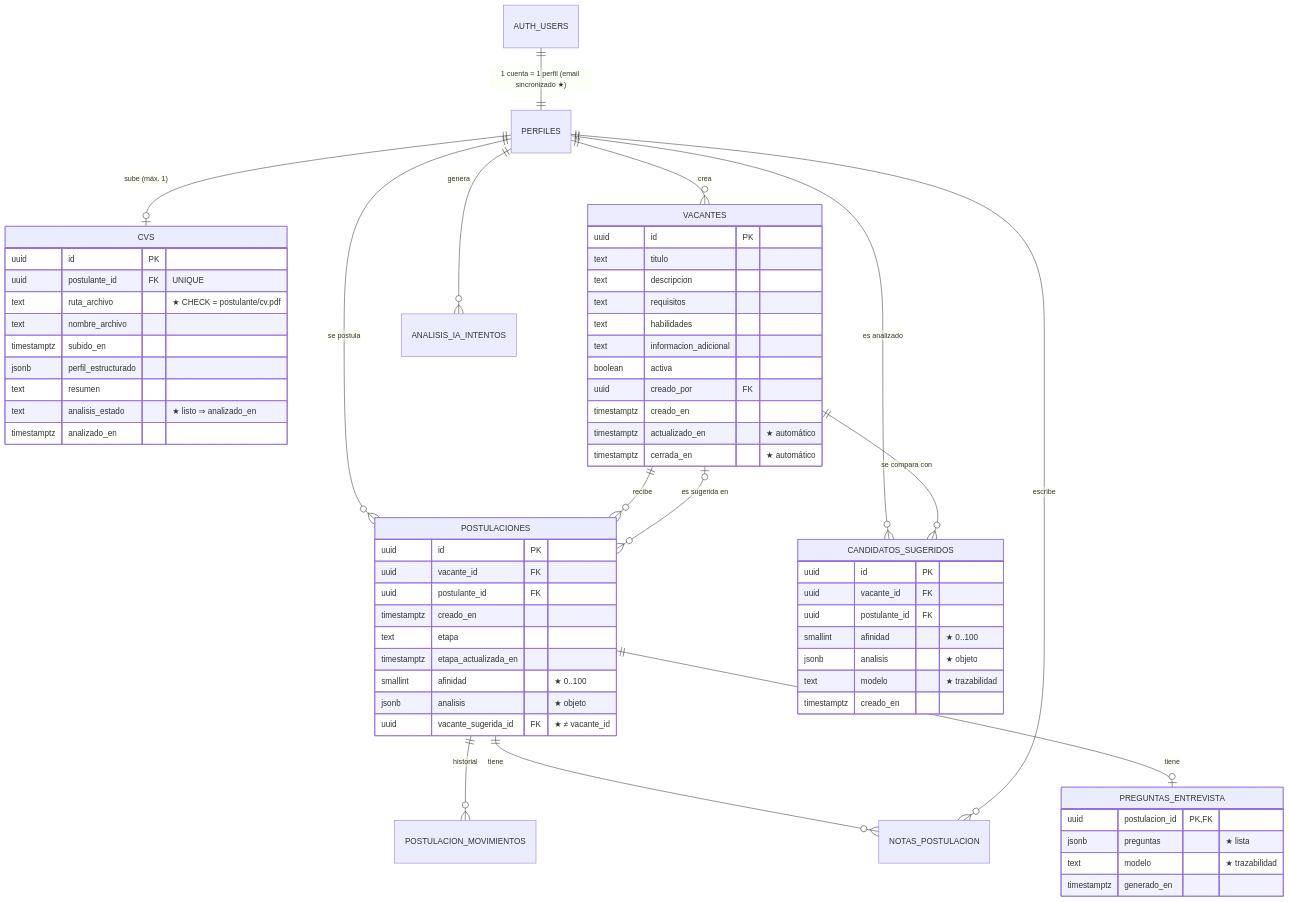
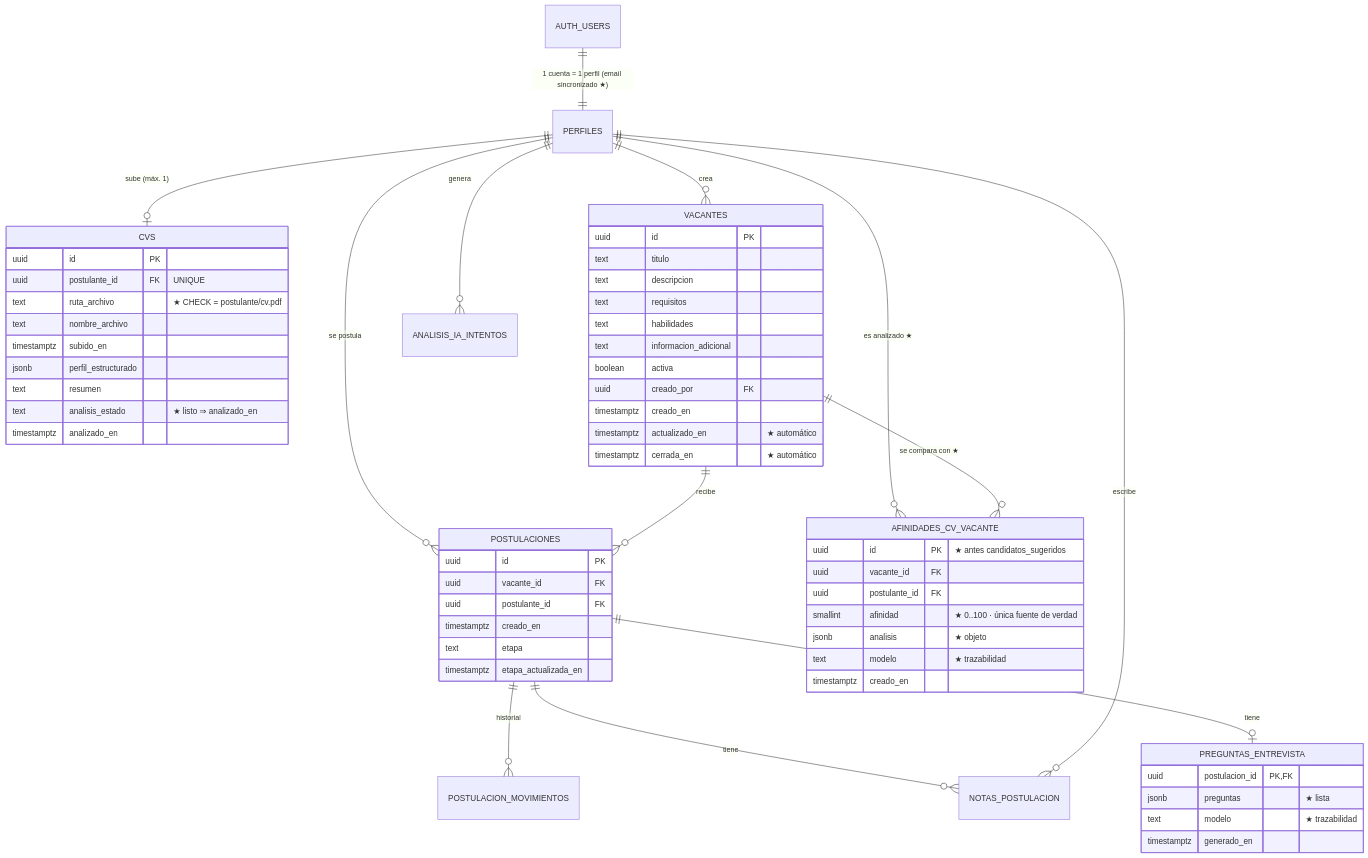
One commit to luanalomiento-debug/Incorporacion-tecnologias changed the second of 2 diagrams in docs/base-de-datos.md. Above: the diagram before and after it, drawn with Mermaid. The commit also changed other lines of this file and 15 other files, not shown here.

````diff
--- a/docs/base-de-datos.md
+++ b/docs/base-de-datos.md
@@ -183,67 +191,63 @@
 ```mermaid
 erDiagram
     AUTH_USERS ||--|| PERFILES : "1 cuenta = 1 perfil (email sincronizado ★)"
     PERFILES ||--o| CVS : "sube (máx. 1)"
     PERFILES ||--o{ VACANTES : "crea"
     PERFILES ||--o{ POSTULACIONES : "se postula"
     VACANTES ||--o{ POSTULACIONES : "recibe"
-    VACANTES |o--o{ POSTULACIONES : "es sugerida en"
-    PERFILES ||--o{ CANDIDATOS_SUGERIDOS : "es analizado"
-    VACANTES ||--o{ CANDIDATOS_SUGERIDOS : "se compara con"
+    PERFILES ||--o{ AFINIDADES_CV_VACANTE : "es analizado ★"
+    VACANTES ||--o{ AFINIDADES_CV_VACANTE : "se compara con ★"
     PERFILES ||--o{ ANALISIS_IA_INTENTOS : "genera"
     POSTULACIONES ||--o{ POSTULACION_MOVIMIENTOS : "historial"
     POSTULACIONES ||--o{ NOTAS_POSTULACION : "tiene"
     POSTULACIONES ||--o| PREGUNTAS_ENTREVISTA : "tiene"
     PERFILES ||--o{ NOTAS_POSTULACION : "escribe"
 
     VACANTES {
         uuid id PK
         text titulo
         text descripcion
         text requisitos
         text habilidades
         text informacion_adicional
         boolean activa
         uuid creado_por FK
         timestamptz creado_en
         timestamptz actualizado_en "★ automático"
         timestamptz cerrada_en "★ automático"
     }
     CVS {
         uuid id PK
         uuid postulante_id FK "UNIQUE"
         text ruta_archivo "★ CHECK = postulante/cv.pdf"
         text nombre_archivo
         timestamptz subido_en
         jsonb perfil_estructurado
         text resumen
         text analisis_estado "★ listo ⇒ analizado_en"
         timestamptz analizado_en
     }
     POSTULACIONES {
         uuid id PK
         uuid vacante_id FK
         uuid postulante_id FK
         timestamptz creado_en
         text etapa
         timestamptz etapa_actualizada_en
-        smallint afinidad "★ 0..100"
-        jsonb analisis "★ objeto"
-        uuid vacante_sugerida_id FK "★ ≠ vacante_id"
     }
-    CANDIDATOS_SUGERIDOS {
-        uuid id PK
+    AFINIDADES_CV_VACANTE {
+        uuid id PK "★ antes candidatos_sugeridos"
         uuid vacante_id FK
         uuid postulante_id FK
-        smallint afinidad "★ 0..100"
+        smallint afinidad "★ 0..100 · única fuente de verdad"
         jsonb analisis "★ objeto"
         text modelo "★ trazabilidad"
         timestamptz creado_en
     }
     PREGUNTAS_ENTREVISTA {
         uuid postulacion_id PK, FK
         jsonb preguntas "★ lista"
         text modelo "★ trazabilidad"
         timestamptz generado_en
     }
 ```
````
